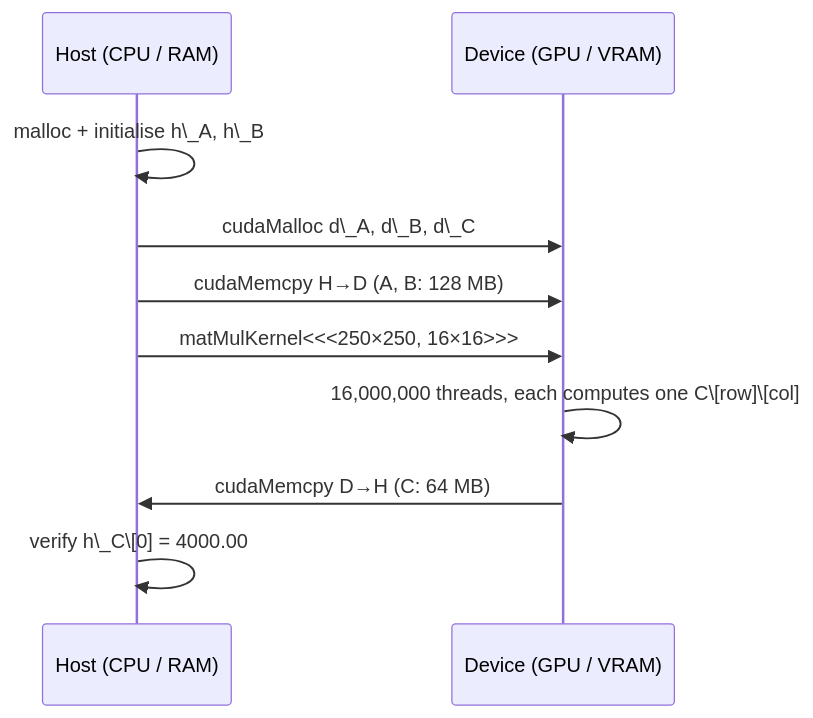
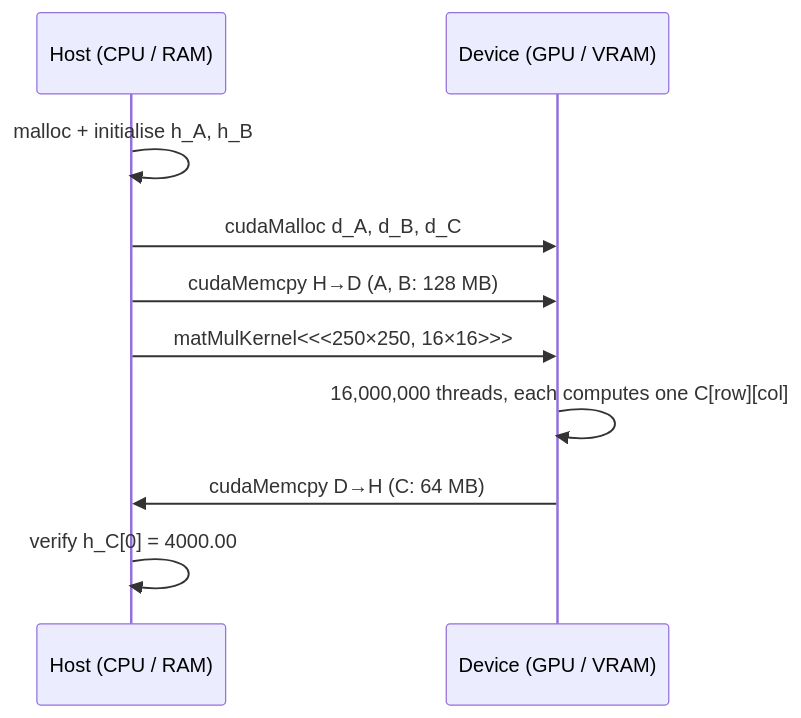
One commit to vaibhavbutul-work/parallel-gpu-and-computing changed the fourth of 4 diagrams in Experiment_1/README.md. Above: the diagram before and after it, drawn with Mermaid. The commit also changed other lines of this file, not shown here.

````diff
--- a/Experiment_1/README.md
+++ b/Experiment_1/README.md
@@ -530,12 +529,12 @@
 ```mermaid
 sequenceDiagram
     participant H as Host (CPU / RAM)
     participant D as Device (GPU / VRAM)
-    H->>H: malloc + initialise h\_A, h\_B
-    H->>D: cudaMalloc d\_A, d\_B, d\_C
+    H->>H: malloc + initialise h_A, h_B
+    H->>D: cudaMalloc d_A, d_B, d_C
     H->>D: cudaMemcpy H→D (A, B: 128 MB)
     H->>D: matMulKernel<<<250×250, 16×16>>>
-    D->>D: 16,000,000 threads, each computes one C\[row]\[col]
+    D->>D: 16,000,000 threads, each computes one C[row][col]
     D->>H: cudaMemcpy D→H (C: 64 MB)
-    H->>H: verify h\_C\[0] = 4000.00
+    H->>H: verify h_C[0] = 4000.00
 ```
````
